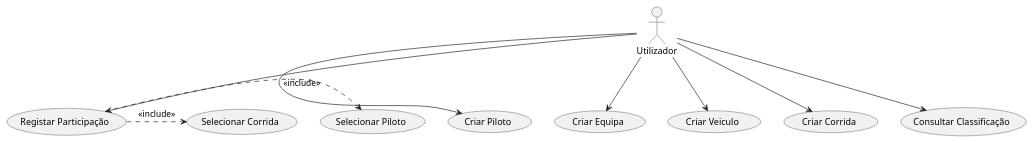
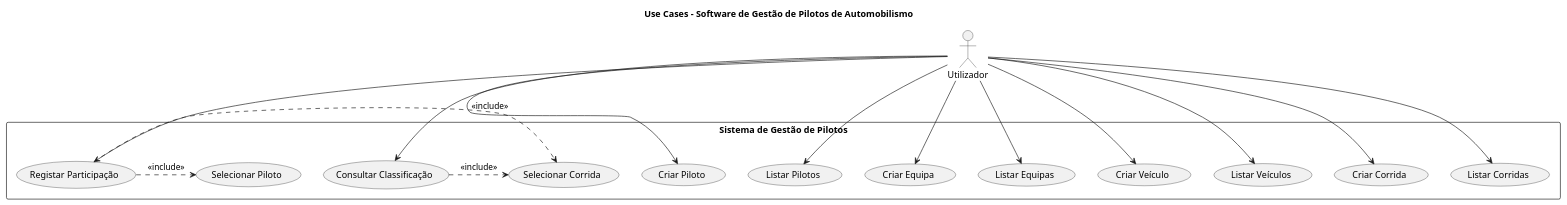
One commit to jslvt/fsoft2026_1DD_3 changed the diagram in Documentation/Iteration01/use_cases.puml. Above: the diagram before and after it, drawn with PlantUML. The commit also changed 12 other files, not shown here.

First line of the commit message:
Add diagrams and gitignore

```diff
--- a/Documentation/Iteration01/use_cases.puml
+++ b/Documentation/Iteration01/use_cases.puml
@@ -1,24 +1,49 @@
 @startuml
+
+title Use Cases - Software de Gestão de Pilotos de Automobilismo
 
 actor Utilizador
 
-usecase "Criar Piloto" as UC1
-usecase "Criar Equipa" as UC2
-usecase "Criar Veiculo" as UC3
-usecase "Criar Corrida" as UC4
-usecase "Registar Participação" as UC5
-usecase "Consultar Classificação" as UC6
-usecase "Selecionar Piloto" as UC7
-usecase "Selecionar Corrida" as UC8
+rectangle "Sistema de Gestão de Pilotos" {
+
+  ' --- Piloto ---
+  usecase "Criar Piloto"           as UC1
+  usecase "Listar Pilotos"         as UC2
+
+  ' --- Equipa ---
+  usecase "Criar Equipa"           as UC3
+  usecase "Listar Equipas"         as UC4
+
+  ' --- Veiculo ---
+  usecase "Criar Veículo"          as UC5
+  usecase "Listar Veículos"        as UC6
+
+  ' --- Corrida ---
+  usecase "Criar Corrida"          as UC7
+  usecase "Listar Corridas"        as UC8
+
+  ' --- Participação ---
+  usecase "Registar Participação"  as UC9
+  usecase "Consultar Classificação" as UC10
+
+  ' --- Sub-steps (included) ---
+  usecase "Selecionar Piloto"      as UC11
+  usecase "Selecionar Corrida"     as UC12
+}
 
 Utilizador --> UC1
 Utilizador --> UC2
 Utilizador --> UC3
 Utilizador --> UC4
 Utilizador --> UC5
 Utilizador --> UC6
+Utilizador --> UC7
+Utilizador --> UC8
+Utilizador --> UC9
+Utilizador --> UC10
 
-UC5 .> UC7 : <<include>>
-UC5 .> UC8 : <<include>>
+UC9  .>  UC11 : <<include>>
+UC9  .>  UC12 : <<include>>
+UC10 .>  UC12 : <<include>>
 
 @enduml
```
